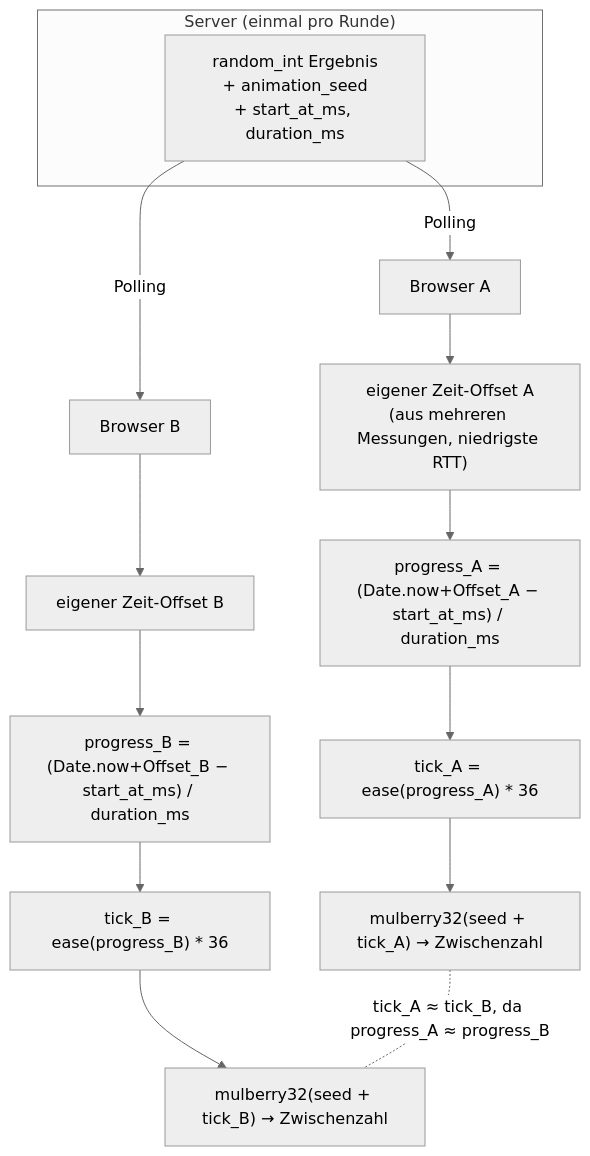
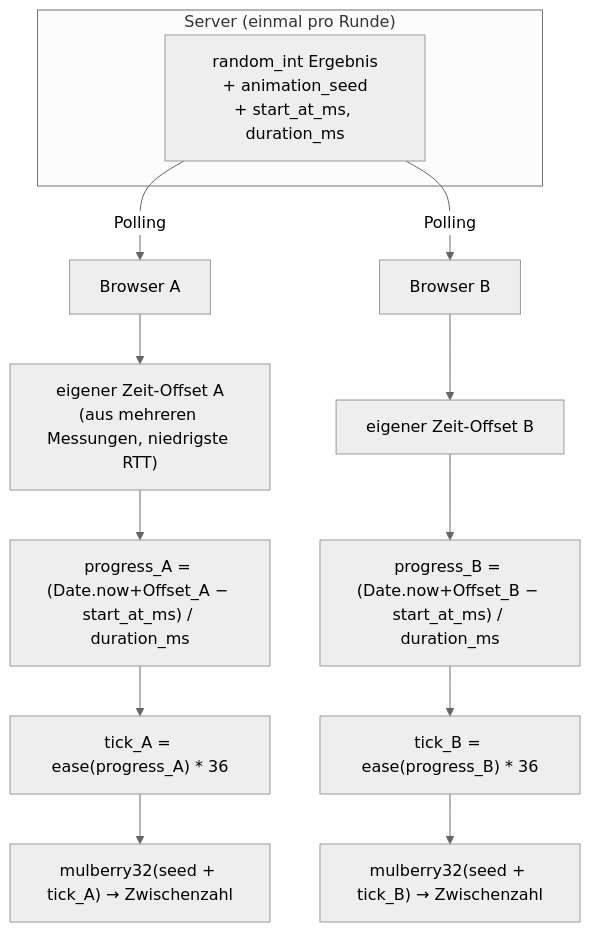
Before and after one commit to Jumbo125/webserver-live-random-generator: the fourth of 4 diagrams in README.md, drawn with Mermaid (neutral theme).

````diff
--- a/README.md
+++ b/README.md
@@ -209,23 +209,21 @@
 ```mermaid
 flowchart TB
     subgraph Server["Server (einmal pro Runde)"]
         R["random_int Ergebnis<br/>+ animation_seed<br/>+ start_at_ms, duration_ms"]
     end
 
     R -->|Polling| A["Browser A"]
     R -->|Polling| B["Browser B"]
 
     A --> OA["eigener Zeit-Offset A<br/>(aus mehreren Messungen, niedrigste RTT)"]
     B --> OB["eigener Zeit-Offset B"]
 
     OA --> PA["progress_A = (Date.now+Offset_A − start_at_ms) / duration_ms"]
     OB --> PB["progress_B = (Date.now+Offset_B − start_at_ms) / duration_ms"]
 
     PA --> TKA["tick_A = ease(progress_A) * 36"]
     PB --> TKB["tick_B = ease(progress_B) * 36"]
 
     TKA --> MA["mulberry32(seed + tick_A) → Zwischenzahl"]
     TKB --> MB["mulberry32(seed + tick_B) → Zwischenzahl"]
-
-    MA -. "tick_A ≈ tick_B, da progress_A ≈ progress_B" .- MB
 ```
````
